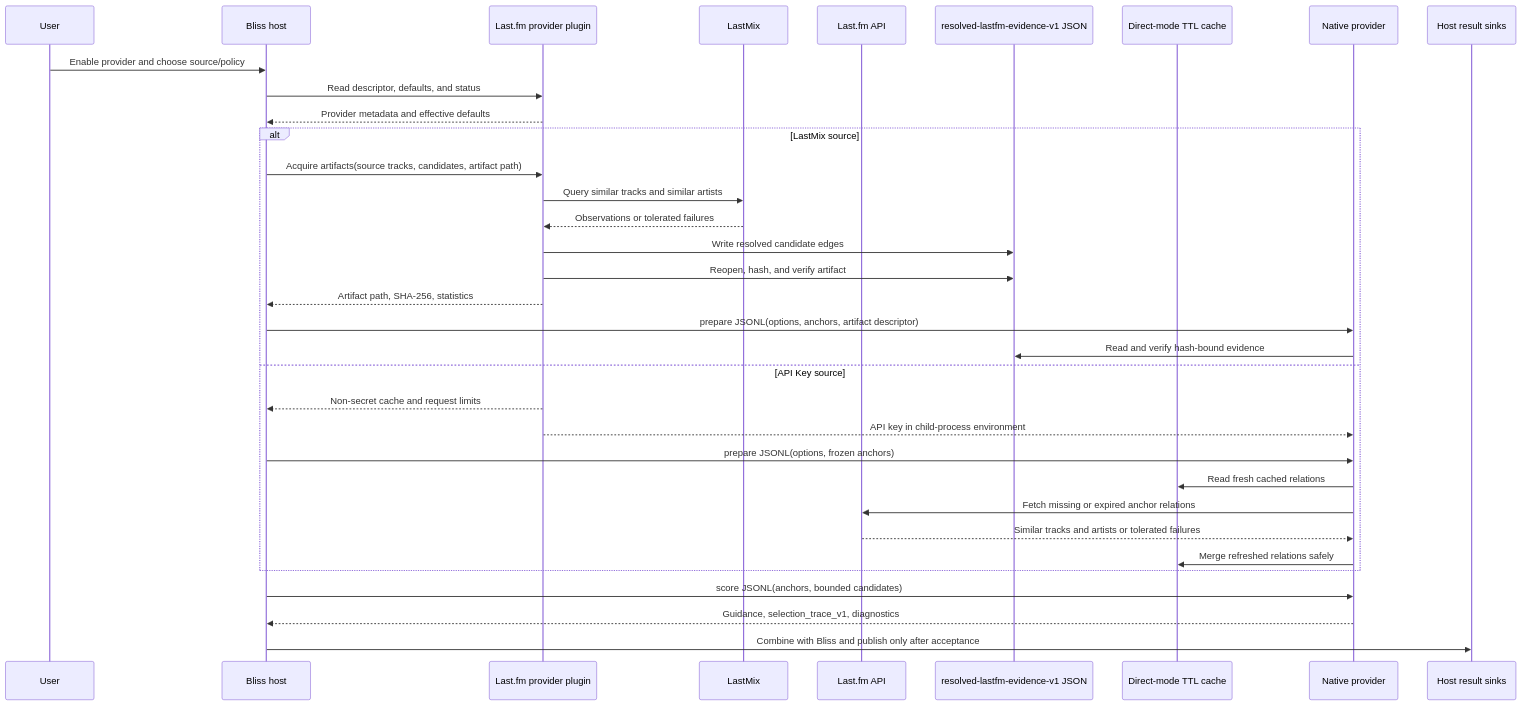
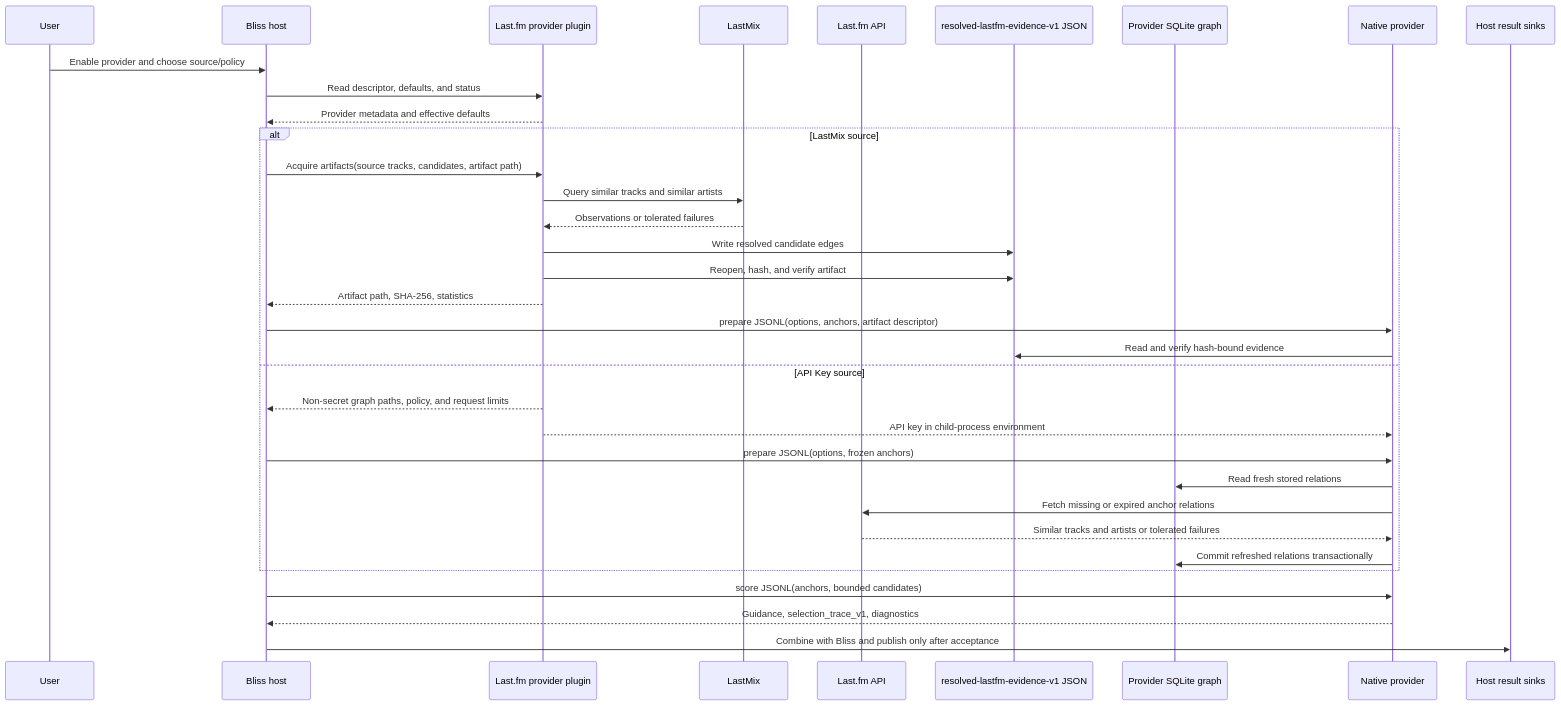
Before and after one commit to chrober/lms-guidance-lastfm: the second of 3 diagrams in README.md, drawn with Mermaid. The commit also changed other lines of this file and 1 other file, not shown here.

Commit message:
docs: describe Last.fm graph update workflow

````diff
--- a/README.md
+++ b/README.md
@@ -81,37 +88,37 @@
 ```mermaid
 sequenceDiagram
     participant U as User
     participant H as Bliss host
     participant P as Last.fm provider plugin
     participant L as LastMix
     participant A as Last.fm API
     participant F as resolved-lastfm-evidence-v1 JSON
-    participant C as Direct-mode TTL cache
+    participant C as Provider SQLite graph
     participant N as Native provider
     participant S as Host result sinks
 
     U->>H: Enable provider and choose source/policy
     H->>P: Read descriptor, defaults, and status
     P-->>H: Provider metadata and effective defaults
     alt LastMix source
         H->>P: Acquire artifacts(source tracks, candidates, artifact path)
         P->>L: Query similar tracks and similar artists
         L-->>P: Observations or tolerated failures
         P->>F: Write resolved candidate edges
         P->>F: Reopen, hash, and verify artifact
         P-->>H: Artifact path, SHA-256, statistics
         H->>N: prepare JSONL(options, anchors, artifact descriptor)
         N->>F: Read and verify hash-bound evidence
     else API Key source
-        P-->>H: Non-secret cache and request limits
+        P-->>H: Non-secret graph paths, policy, and request limits
         P-->>N: API key in child-process environment
         H->>N: prepare JSONL(options, frozen anchors)
-        N->>C: Read fresh cached relations
+        N->>C: Read fresh stored relations
         N->>A: Fetch missing or expired anchor relations
         A-->>N: Similar tracks and artists or tolerated failures
-        N->>C: Merge refreshed relations safely
+        N->>C: Commit refreshed relations transactionally
     end
     H->>N: score JSONL(anchors, bounded candidates)
     N-->>H: Guidance, selection_trace_v1, diagnostics
     H->>S: Combine with Bliss and publish only after acceptance
 ```
````
